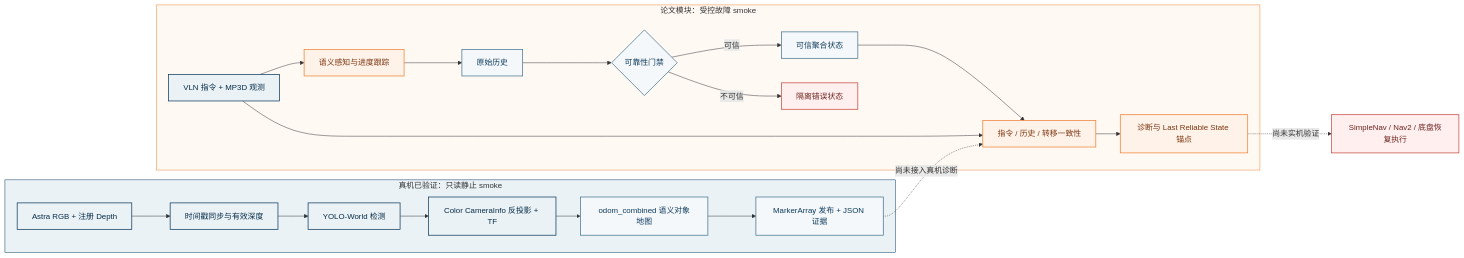
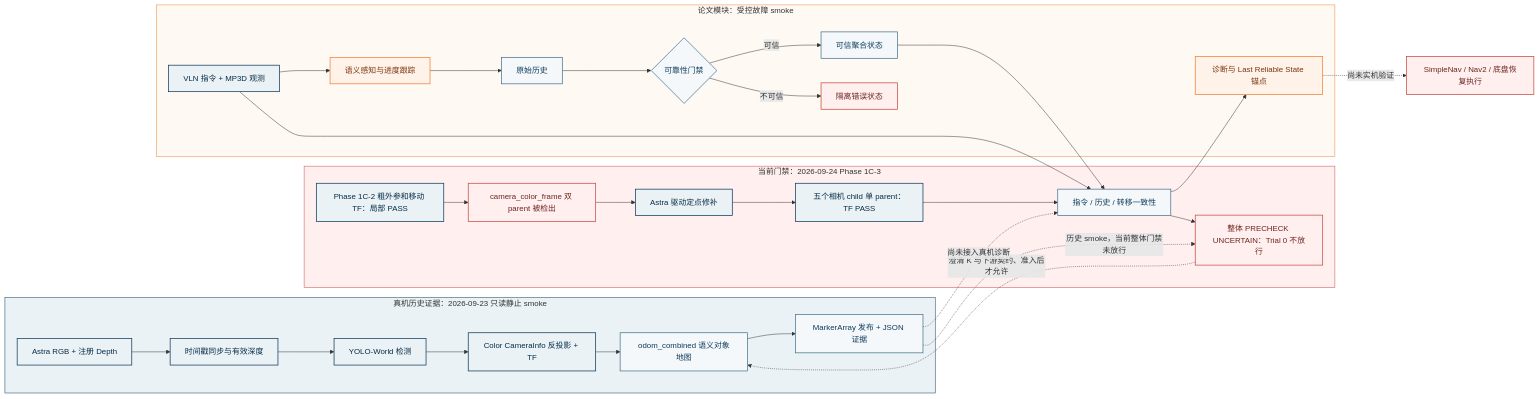
The diagram in RabbitRobotNav/system-flow.mmd (lijinghai/lijinghai.github.io), drawn with Mermaid before and after one commit. The commit also changed 16 other files, not shown here.

First line of the commit message:
更新RabbitRobotNav论文页的五场景证据与真机相机准入图片

```diff
--- a/RabbitRobotNav/system-flow.mmd
+++ b/RabbitRobotNav/system-flow.mmd
@@ -1,33 +1,47 @@
 flowchart LR
-    subgraph robot["真机已验证：只读静止 smoke"]
+    subgraph robot["真机历史证据：2026-09-23 只读静止 smoke"]
         RGB["Astra RGB + 注册 Depth"] --> SYNC["时间戳同步与有效深度"]
         SYNC --> YOLO["YOLO-World 检测"]
         YOLO --> GEO["Color CameraInfo 反投影 + TF"]
         GEO --> MAP["odom_combined 语义对象地图"]
         MAP --> PUB["MarkerArray 发布 + JSON 证据"]
+    end
+
+    subgraph gate["当前门禁：2026-09-24 Phase 1C-3"]
+        CAL["Phase 1C-2 粗外参和移动 TF：局部 PASS"] --> BAD["camera_color_frame 双 parent 被检出"]
+        BAD --> FIX["Astra 驱动定点修补"]
+        FIX --> AUDIT["五个相机 child 单 parent：TF PASS"]
+        AUDIT --> K["Depth CameraInfo K 含四个 NaN"]
+        K --> STOP["整体 PRECHECK UNCERTAIN：Trial 0 不放行"]
     end
 
     subgraph thesis["论文模块：受控故障 smoke"]
         I["VLN 指令 + MP3D 观测"] --> P["语义感知与进度跟踪"]
         P --> R["原始历史"]
         R --> G{"可靠性门禁"}
         G -->|"可信"| T["可信聚合状态"]
         G -->|"不可信"| X["隔离错误状态"]
         T --> K["指令 / 历史 / 转移一致性"]
         I --> K
         K --> D["诊断与 Last Reliable State 锚点"]
     end
 
+    PUB -.->|"历史 smoke，当前整体门禁未放行"| STOP
+    STOP -.->|"澄清 K 与下游契约、准入后才允许"| MAP
     PUB -.->|"尚未接入真机诊断"| K
     D -.->|"尚未实机验证"| E["SimpleNav / Nav2 / 底盘恢复执行"]
 
     classDef input fill:#eaf2f6,stroke:#0e3b5d,color:#072d48,stroke-width:1.5px;
     classDef core fill:#fff2e8,stroke:#ee8234,color:#7a3510,stroke-width:1.5px;
     classDef memoryNode fill:#f4f8fa,stroke:#47758f,color:#0e3b5d,stroke-width:1.5px;
     classDef boundary fill:#fff0ef,stroke:#c84a42,color:#6d2420,stroke-width:1.5px;
     class RGB,SYNC,YOLO,GEO,I input;
     class P,K,D core;
     class R,G,T,MAP,PUB memoryNode;
     class X,E boundary;
+    class BAD,STOP boundary;
+    class CAL,AUDIT,FIX input;
+    class K memoryNode;
     style robot fill:#eaf2f6,stroke:#0e3b5d,stroke-width:1px
+    style gate fill:#fff0ef,stroke:#c84a42,stroke-width:1px
     style thesis fill:#fff9f4,stroke:#ee8234,stroke-width:1px
```
